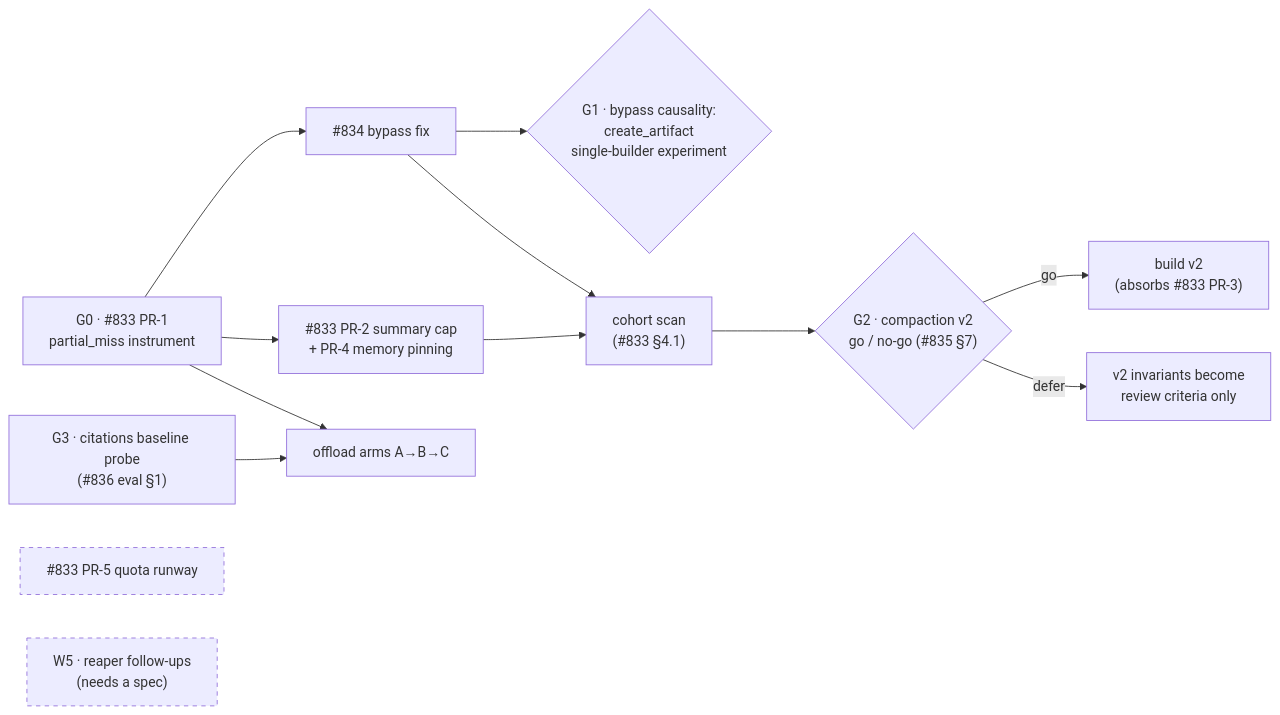
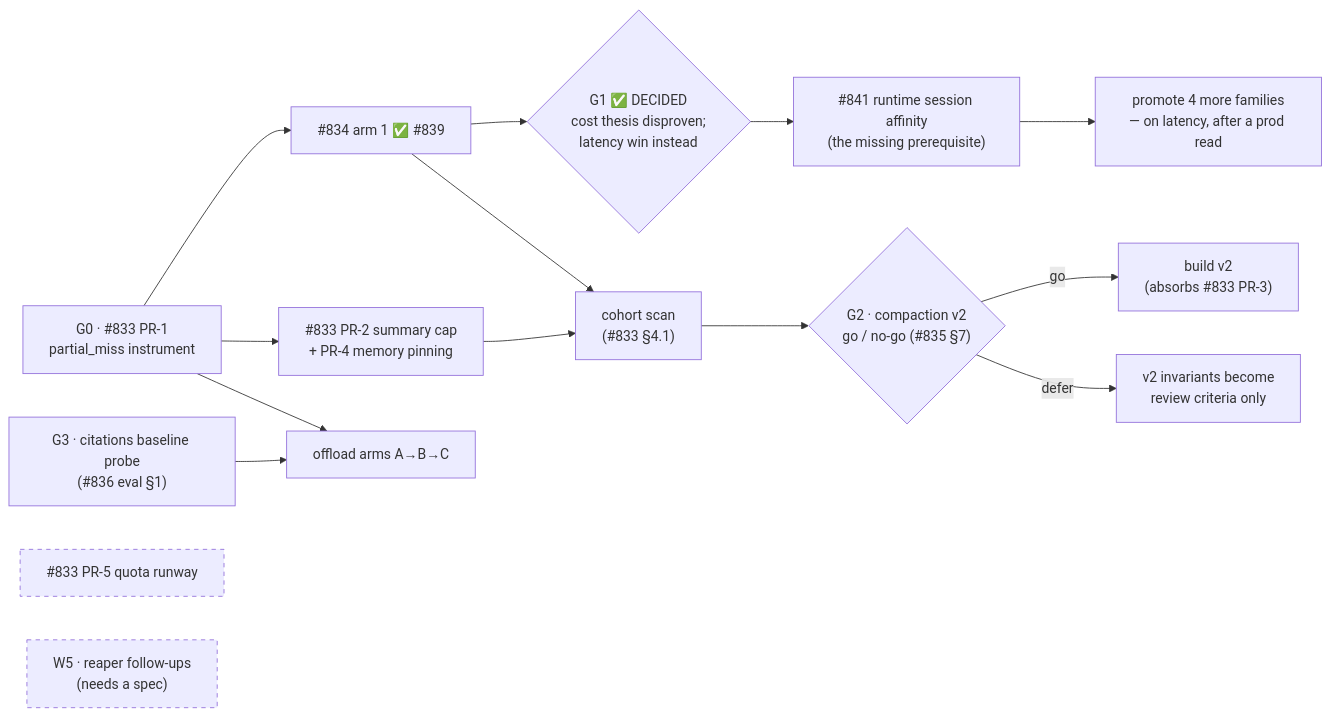
Before and after one commit to Boise-State-Development/agentcore-public-stack: the diagram in docs/one-pagers/cost-effectiveness-roadmap.md, drawn with Mermaid. The commit also changed other lines of this file and 1 other file, not shown here.

````diff
--- a/docs/one-pagers/cost-effectiveness-roadmap.md
+++ b/docs/one-pagers/cost-effectiveness-roadmap.md
@@ -63,16 +69,18 @@
 ```mermaid
 graph LR
-  PR1["G0 · #833 PR-1<br/>partial_miss instrument"] --> BYP["#834 bypass fix"]
+  PR1["G0 · #833 PR-1<br/>partial_miss instrument"] --> BYP["#834 arm 1 ✅ #839"]
   PR1 --> TRI["#833 PR-2 summary cap<br/>+ PR-4 memory pinning"]
-  BYP --> G1{"G1 · bypass causality:<br/>create_artifact<br/>single-builder experiment"}
+  BYP --> G1{"G1 ✅ DECIDED<br/>cost thesis disproven;<br/>latency win instead"}
+  G1 --> AFF["#841 runtime session affinity<br/>(the missing prerequisite)"]
+  AFF --> FAM["promote 4 more families<br/>— on latency, after a prod read"]
   TRI --> SCAN["cohort scan<br/>(#833 §4.1)"]
   BYP --> SCAN
   SCAN --> G2{"G2 · compaction v2<br/>go / no-go (#835 §7)"}
   G2 -- go --> V2["build v2<br/>(absorbs #833 PR-3)"]
   G2 -- defer --> INV["v2 invariants become<br/>review criteria only"]
   PROBE["G3 · citations baseline probe<br/>(#836 eval §1)"] --> OFF["offload arms A→B→C"]
   PR1 --> OFF
   PR5["#833 PR-5 quota runway"]:::indep
   W5["W5 · reaper follow-ups<br/>(needs a spec)"]:::indep
   classDef indep stroke-dasharray: 5 5;
 ```
````
